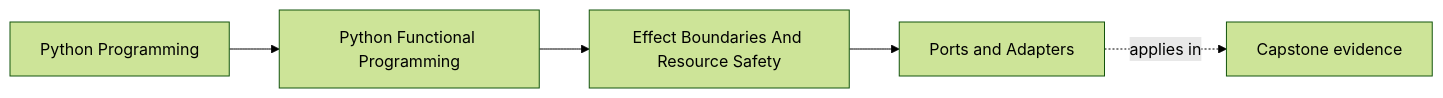
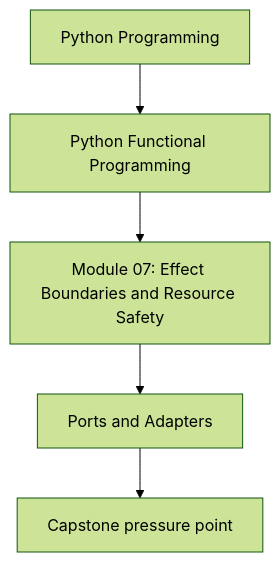
The first of 2 diagrams in programs/python-programming/python-functional-programming/course-book/module-07-effect-boundaries-and-resource-safety/ports-and-adapters.md (bijux/bijux-masterclass), drawn with Mermaid (forest theme) before and after one commit. The commit also changed other lines of this file and 118 other files, not shown here.

Commit message:
docs(python-functional-programming): align concept page diagrams

````diff
--- a/programs/python-programming/python-functional-programming/course-book/module-07-effect-boundaries-and-resource-safety/ports-and-adapters.md
+++ b/programs/python-programming/python-functional-programming/course-book/module-07-effect-boundaries-and-resource-safety/ports-and-adapters.md
@@ -7,11 +7,7 @@
 ```mermaid
-graph LR
-  family["Python Programming"]
-  program["Python Functional Programming"]
-  section["Effect Boundaries And Resource Safety"]
-  page["Ports and Adapters"]
-  capstone["Capstone evidence"]
-
-  family --> program --> section --> page
-  page -.applies in.-> capstone
+flowchart TD
+  family["Python Programming"] --> program["Python Functional Programming"]
+  program --> module["Module 07: Effect Boundaries and Resource Safety"]
+  module --> concept["Ports and Adapters"]
+  concept --> capstone["Capstone pressure point"]
 ```
````
